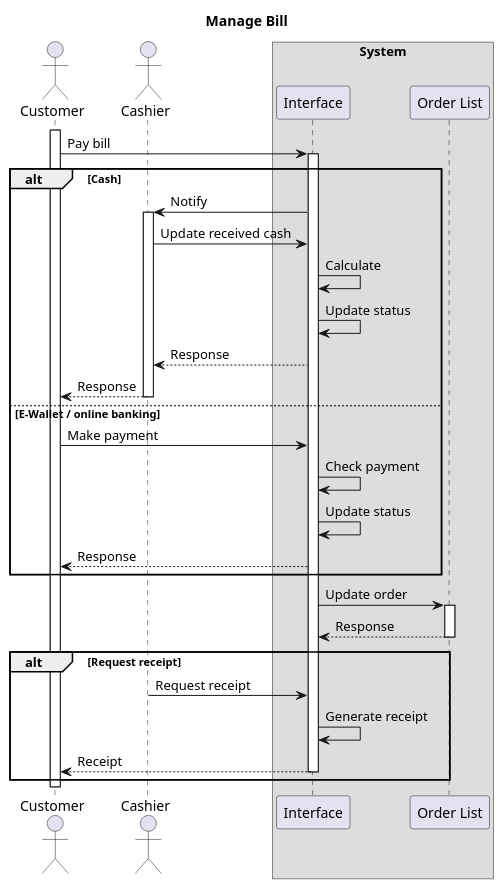
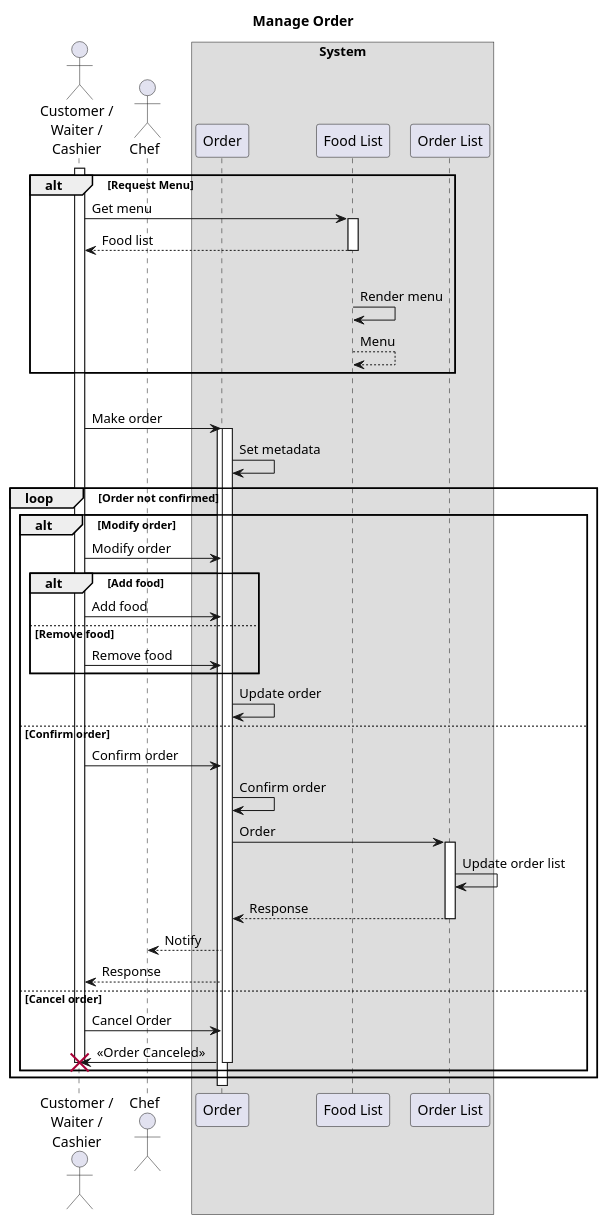
Before and after one commit to Alomory/educational: the diagram in c3113/project/manage_bill.pu, drawn with PlantUML.

```diff
--- a/c3113/project/manage_bill.pu
+++ b/c3113/project/manage_bill.pu
@@ -1,40 +1,65 @@
-@startuml Manage Bill
+@startuml Manage Order
 
-title Manage Bill 
+title Manage Order
 
-actor Customer
-actor Cashier
+actor "Customer /\nWaiter /\nCashier" as Maker
+actor Chef
 box System
-    participant Interface
+
+    participant Order
+    participant "Food List" as Foods
     participant "Order List" as Orders
 end box
 
-activate Customer
+activate Maker
 
-Customer -> Interface ++ : Pay bill
-alt Cash
-    Interface -> Cashier ++ : Notify
-    Cashier -> Interface: Update received cash
-    Interface -> Interface: Calculate 
-    Interface -> Interface: Update status
-    Interface --> Cashier : Response
-    Cashier --> Customer -- : Response
-else E-Wallet / online banking
-    Customer -> Interface: Make payment
-    Interface -> Interface: Check payment
-    Interface -> Interface: Update status
-    Interface --> Customer: Response
+alt Request Menu
+    Maker -> Foods ++ : Get menu
+
+    
+    return Food list
+    |||
+    Foods -> Foods : Render menu
+    return Menu
 end
 
-Interface -> Orders ++ : Update order
-return Response
+|||
 
-alt Request receipt
-    Cashier -> Interface: Request receipt
-    Interface -> Interface: Generate receipt
-    return Receipt
+Maker -> Order ++ : Make order
+
+
+activate Order
+
+Order -> Order: Set metadata
+
+loop Order not confirmed
+    alt Modify order
+        Maker -> Order: Modify order
+
+        alt Add food
+            Maker -> Order: Add food
+        else Remove food
+            Maker -> Order: Remove food
+        end
+
+        Order -> Order: Update order
+    else Confirm order
+        Maker -> Order: Confirm order
+            Order -> Order: Confirm order
+                Order -> Orders ++ : Order
+                    Orders -> Orders : Update order list
+                return Response
+            Order -->  Chef: Notify
+        Order --> Maker: Response
+    else Cancel order
+        Maker -> Order: Cancel Order
+        
+        Order -> Maker !! : <<Order Canceled>>
+        deactivate Order
+
+    end
 end
 
-deactivate Customer
+deactivate Maker
 
 @enduml
```
